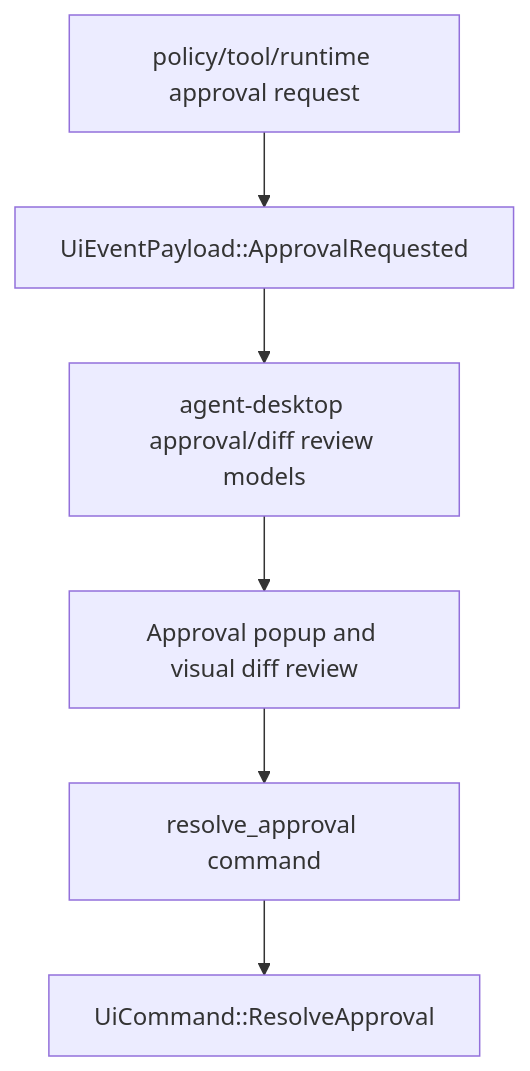
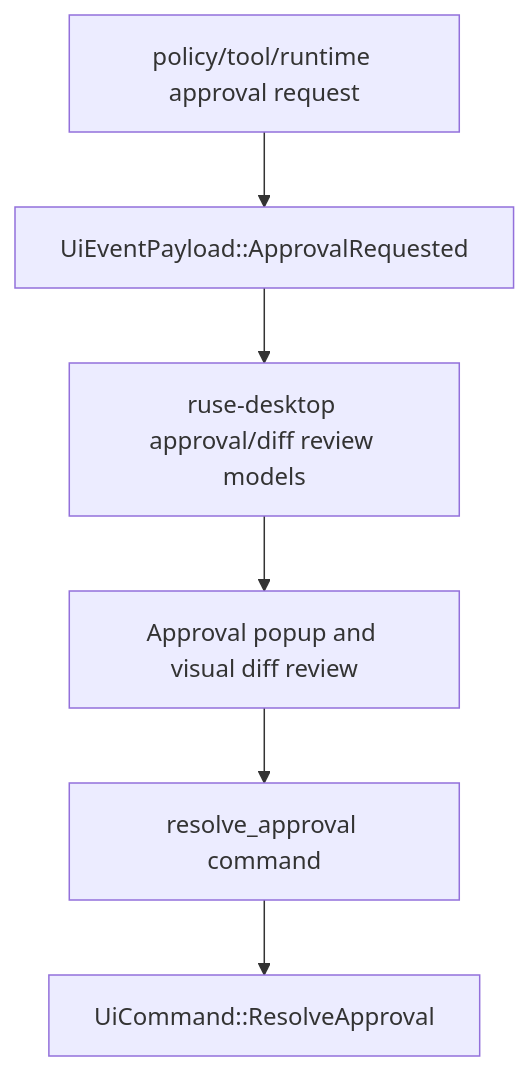
The diagram in docs/specs/M60-03-approval-diff-review.spec.md (poneding/agent), drawn with Mermaid before and after one commit. The commit also changed other lines of this file and 2091 other files, not shown here.

First line of the commit message:
refactor: rename agent branding to ruse

````diff
--- a/docs/specs/M60-03-approval-diff-review.spec.md
+++ b/docs/specs/M60-03-approval-diff-review.spec.md
@@ -36,8 +36,8 @@
 ```mermaid
 flowchart TD
   Runtime["policy/tool/runtime approval request"] --> Bridge["UiEventPayload::ApprovalRequested"]
-  Bridge --> DesktopReview["agent-desktop approval/diff review models"]
+  Bridge --> DesktopReview["ruse-desktop approval/diff review models"]
   DesktopReview --> React["Approval popup and visual diff review"]
   React --> Tauri["resolve_approval command"]
   Tauri --> BridgeCommand["UiCommand::ResolveApproval"]
 ```
````
